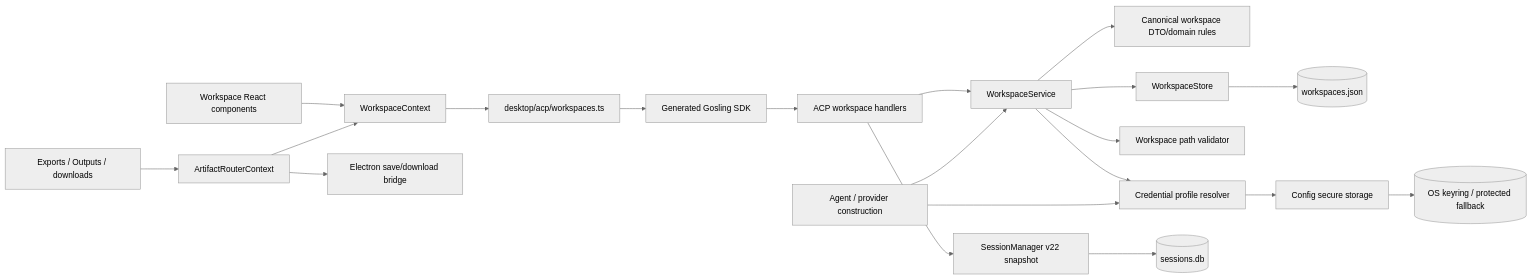
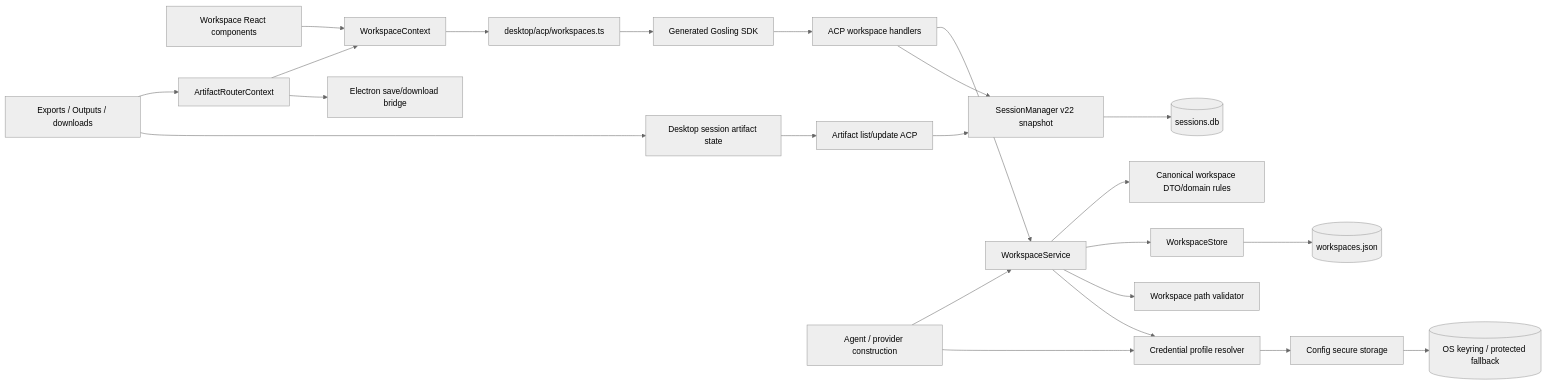
Before and after one commit to cephalopod-ai/gosling: the first of 2 diagrams in docs/architecture.md, drawn with Mermaid (neutral theme). The commit also changed other lines of this file and 58 other files, not shown here.

Commit message:
add session artifact inventory support

````diff
--- a/docs/architecture.md
+++ b/docs/architecture.md
@@ -8,22 +8,25 @@
 ```mermaid
 flowchart LR
     UI[Workspace React components] --> Context[WorkspaceContext]
     ArtifactUI[Exports / Outputs / downloads] --> Router[ArtifactRouterContext]
+    ArtifactUI --> ArtifactStore[Desktop session artifact state]
+    ArtifactStore --> ArtifactACP[Artifact list/update ACP]
+    ArtifactACP --> Sessions
     Router --> Context
     Router --> Electron[Electron save/download bridge]
     Context --> DesktopACP[desktop/acp/workspaces.ts]
     DesktopACP --> SDK[Generated Gosling SDK]
     SDK --> Handlers[ACP workspace handlers]
     Handlers --> Service[WorkspaceService]
     Service --> Domain[Canonical workspace DTO/domain rules]
     Service --> Store[WorkspaceStore]
     Service --> Validator[Workspace path validator]
     Service --> Credentials[Credential profile resolver]
     Store --> JSON[(workspaces.json)]
     Credentials --> Config[Config secure storage]
     Config --> Keyring[(OS keyring / protected fallback)]
     Handlers --> Sessions[SessionManager v22 snapshot]
     Sessions --> DB[(sessions.db)]
     Agent[Agent / provider construction] --> Service
     Agent --> Credentials
 ```
````
